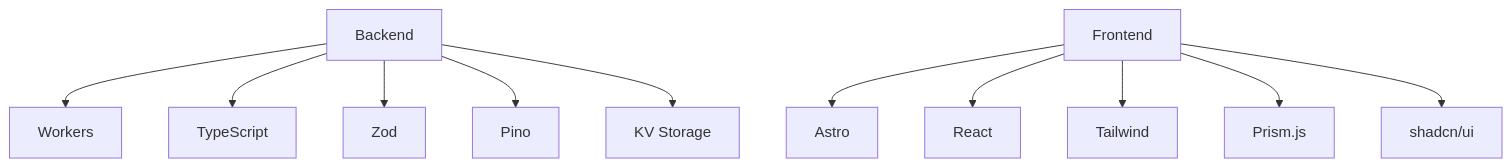
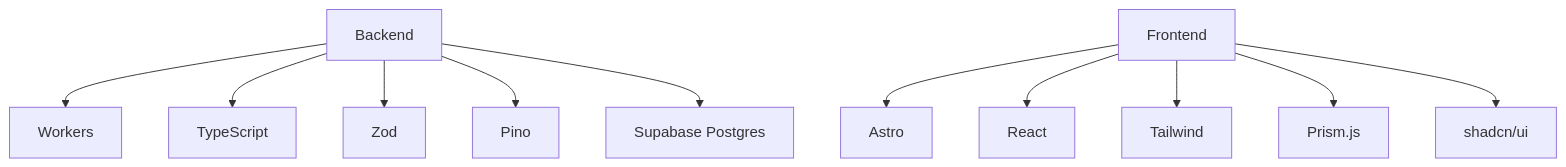
The first of 9 diagrams in README.md (erfianugrah/pastebin), drawn with Mermaid before and after one commit. The commit also changed other lines of this file and 1 other file, not shown here.

First line of the commit message:
docs: final pre-merge pass -- README storage section, migration table accuracy

````diff
--- a/README.md
+++ b/README.md
@@ -51,14 +51,14 @@
 ```mermaid
 graph TD
     BE[Backend] --> CF[Workers]
     BE --> TS[TypeScript]
     BE --> Zod[Zod]
     BE --> Pino[Pino]
-    BE --> KV[KV Storage]
+    BE --> SB[Supabase Postgres]
     
     FE[Frontend] --> Astro[Astro]
     FE --> React[React]
     FE --> TW[Tailwind]
     FE --> Prism[Prism.js]
     FE --> UI[shadcn/ui]
 ```
````
